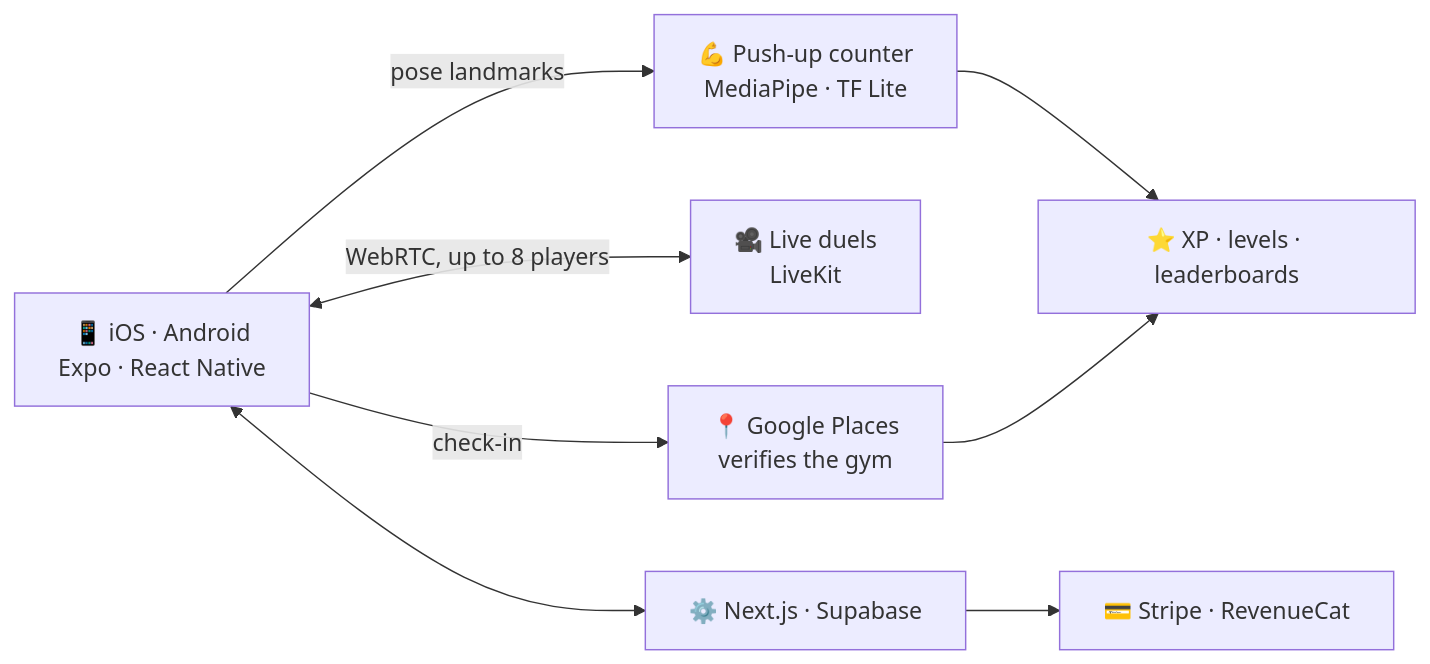
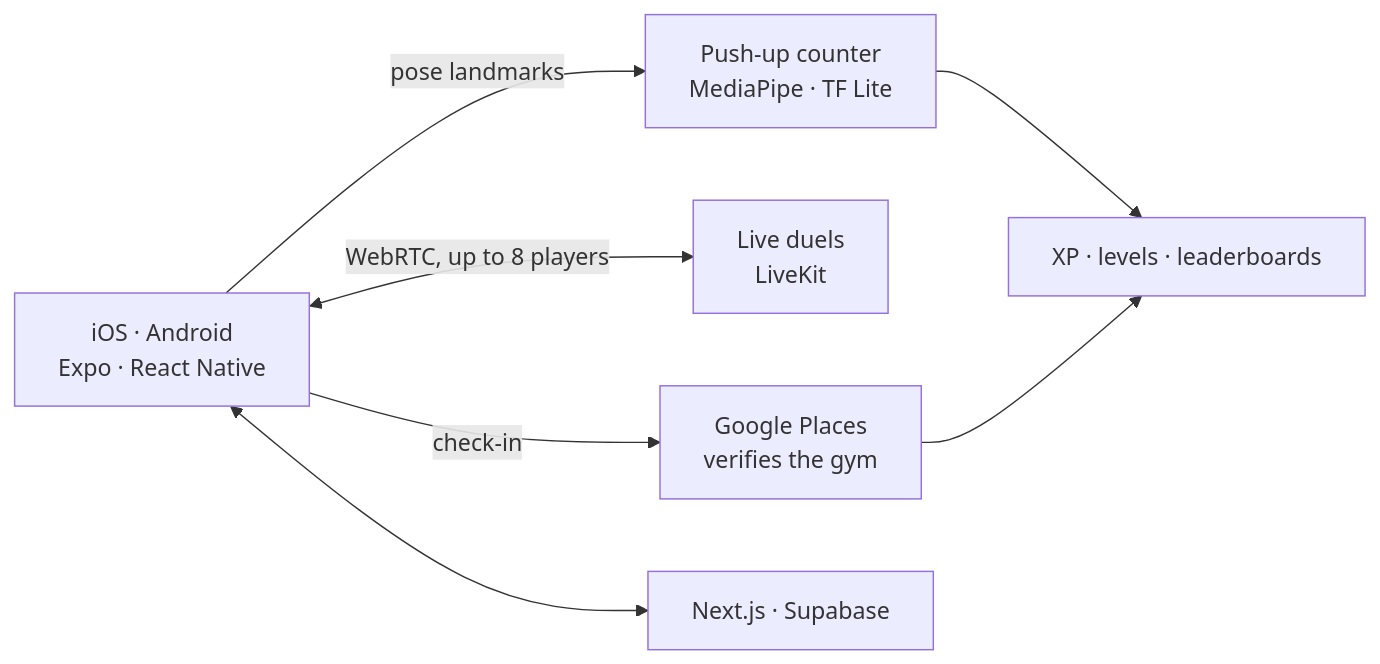
One commit to yeguacelestial/yeguacelestial changed the third of 3 diagrams in README.md. Above: the diagram before and after it, drawn with Mermaid. The commit also changed other lines of this file and 10 other files, not shown here.

First line of the commit message:
Strip the profile README back to plain text and one real chart

````diff
--- a/README.md
+++ b/README.md
@@ -85,10 +70,9 @@
 ```mermaid
 flowchart LR
-  phone["📱 iOS · Android<br/>Expo · React Native"] -->|"pose landmarks"| reps["💪 Push-up counter<br/>MediaPipe · TF Lite"]
-  phone <-->|"WebRTC, up to 8 players"| duel["🎥 Live duels<br/>LiveKit"]
-  phone -->|"check-in"| places["📍 Google Places<br/>verifies the gym"]
-  phone <--> api["⚙️ Next.js · Supabase"]
-  reps --> xp["⭐ XP · levels · leaderboards"]
+  app["iOS · Android<br/>Expo · React Native"] -->|"pose landmarks"| reps["Push-up counter<br/>MediaPipe · TF Lite"]
+  app <-->|"WebRTC, up to 8 players"| duels["Live duels<br/>LiveKit"]
+  app -->|"check-in"| places["Google Places<br/>verifies the gym"]
+  reps --> xp["XP · levels · leaderboards"]
   places --> xp
-  api --> pay["💳 Stripe · RevenueCat"]
+  app <--> api["Next.js · Supabase"]
 ```
````
